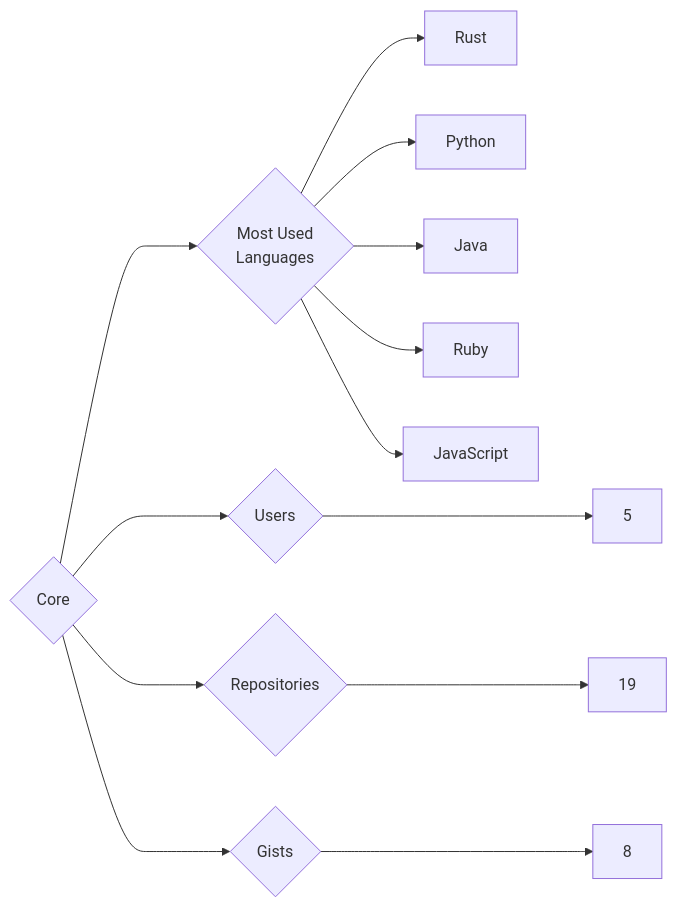
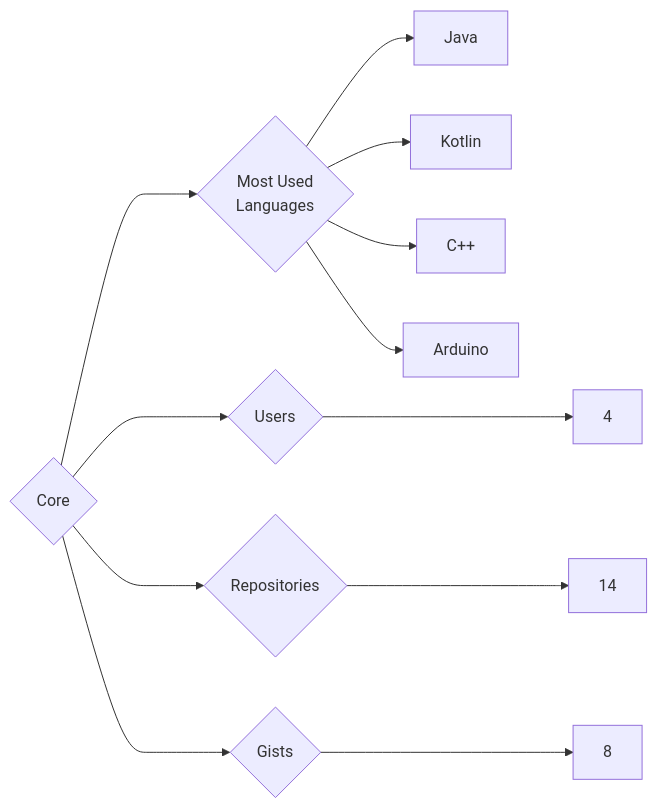
Before and after one commit to trickest/insiders: the diagram in targets/Core/README.md, drawn with Mermaid. The commit also changed 1007 other files, not shown here.

````diff
--- a/targets/Core/README.md
+++ b/targets/Core/README.md
@@ -3,13 +3,12 @@
 ```mermaid
 graph LR
 COMPANY_NAME{Core}
-COMPANY_NAME ---> U{Users} ---> UN[5]
-COMPANY_NAME ---> R{Repositories} ---> RN[19]
+COMPANY_NAME ---> U{Users} ---> UN[4]
+COMPANY_NAME ---> R{Repositories} ---> RN[14]
 COMPANY_NAME ---> G{Gists} ---> GN[8]
 COMPANY_NAME ---> ML{Most Used<br>Languages}
-ML --> Rust[Rust]
-ML --> Python[Python]
 ML --> Java[Java]
-ML --> Ruby[Ruby]
-ML --> JavaScript[JavaScript]
+ML --> Kotlin[Kotlin]
+ML --> C++[C++]
+ML --> Arduino[Arduino]
 ```
````
